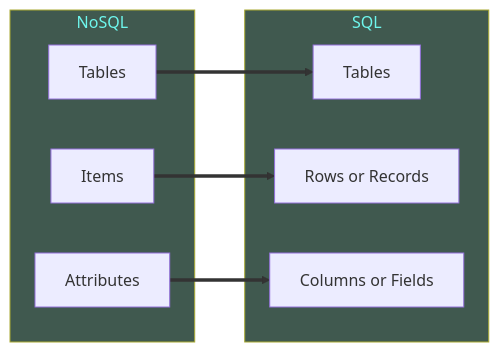
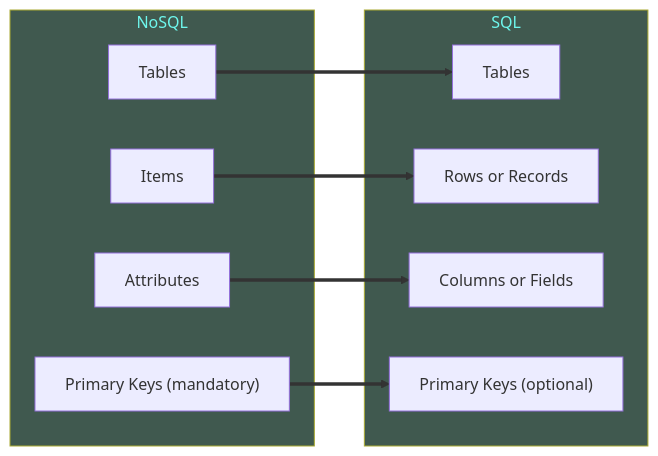
Before and after one commit to vaskardahal/aws-data-engineer-associate: the diagram in Storage/DynamoDB.md, drawn with Mermaid. The commit also changed other lines of this file, not shown here.

````diff
--- a/Storage/DynamoDB.md
+++ b/Storage/DynamoDB.md
@@ -35,23 +35,27 @@
 ```mermaid
 	graph LR
 		
 		subgraph NoSQL[NoSQL]
 			a1[Tables]
 			b1[Items]
 			c1[Attributes]
+			d1["Primary Keys (mandatory)"]
 		end
 		
 		subgraph SQL[SQL]
 			a2[Tables]
 			b2[Rows or Records]
 			c2[Columns or Fields]
+			d2["Primary Keys (optional)"]
 		end
 		
 		a1 ==> a2
 		b1 ==> b2
 		c1 ==> c2
+		d1 ==> d2
 		
 		style NoSQL color:#6ef7ed,fill:#40594f
 		style SQL color:#6ef7ed,fill:#40594f
+	
 		
 ```
````
